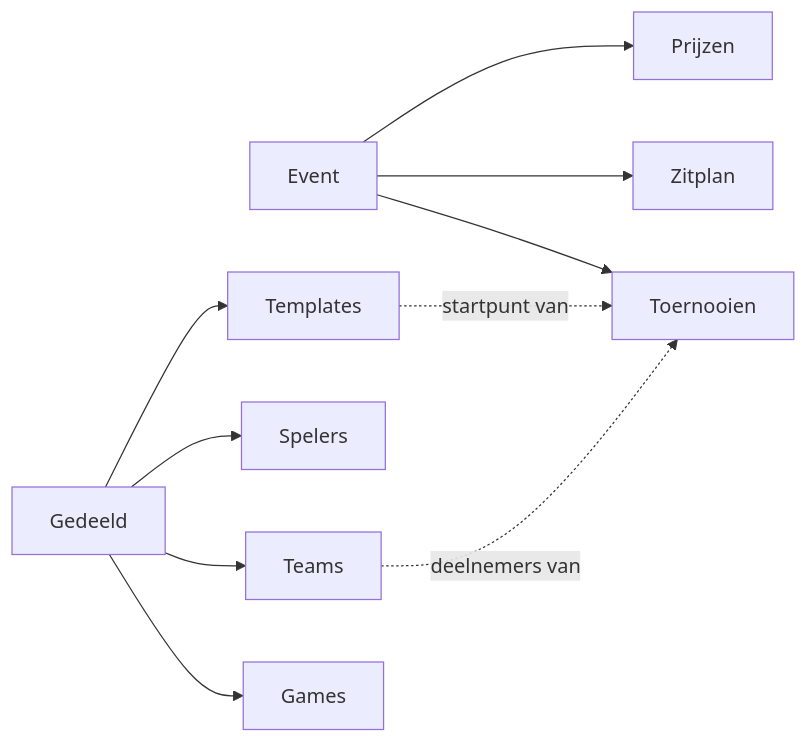
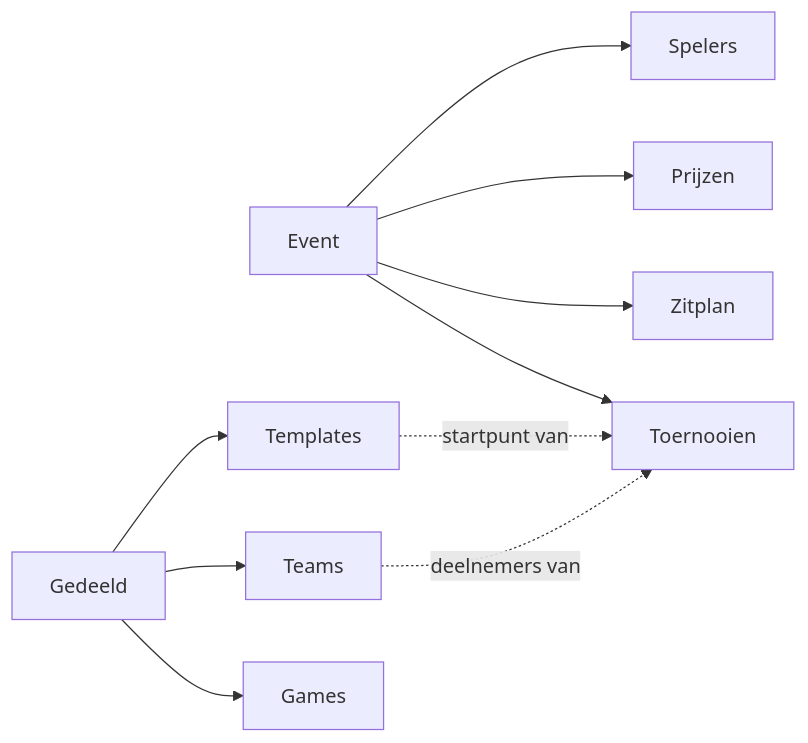
Before and after one commit to kyell182/lan-portaal: the first of 6 diagrams in README.md, drawn with Mermaid. The commit also changed other lines of this file and 1 other file, not shown here.

````diff
--- a/README.md
+++ b/README.md
@@ -139,12 +142,12 @@
 ```mermaid
 flowchart LR
     Event["Event"] --> Toernooien["Toernooien"]
     Event --> Zitplan["Zitplan"]
     Event --> Prijzen["Prijzen"]
+    Event --> Spelers["Spelers"]
     Gedeeld["Gedeeld"] --> Games["Games"]
     Gedeeld --> Teams["Teams"]
-    Gedeeld --> Spelers["Spelers"]
     Gedeeld --> Templates["Templates"]
     Templates -. "startpunt van" .-> Toernooien
     Teams -. "deelnemers van" .-> Toernooien
 ```
````
